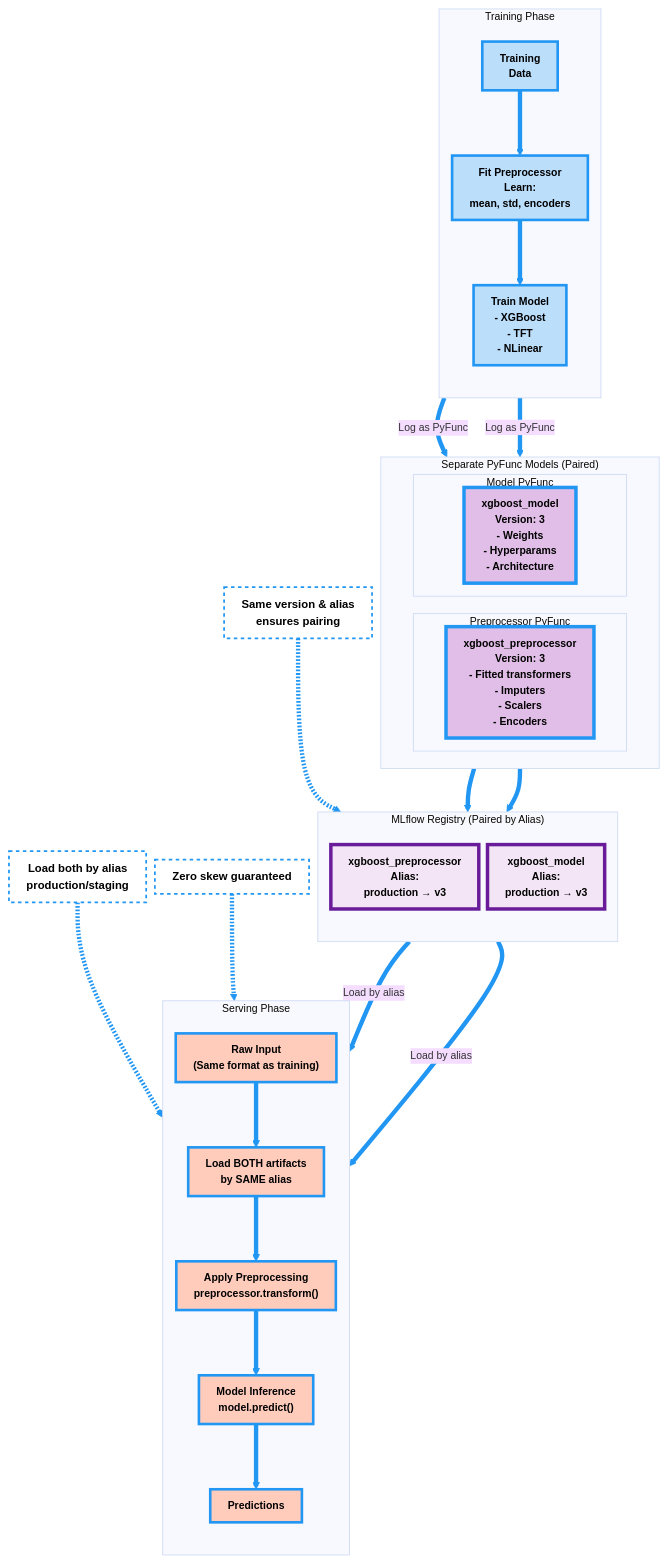
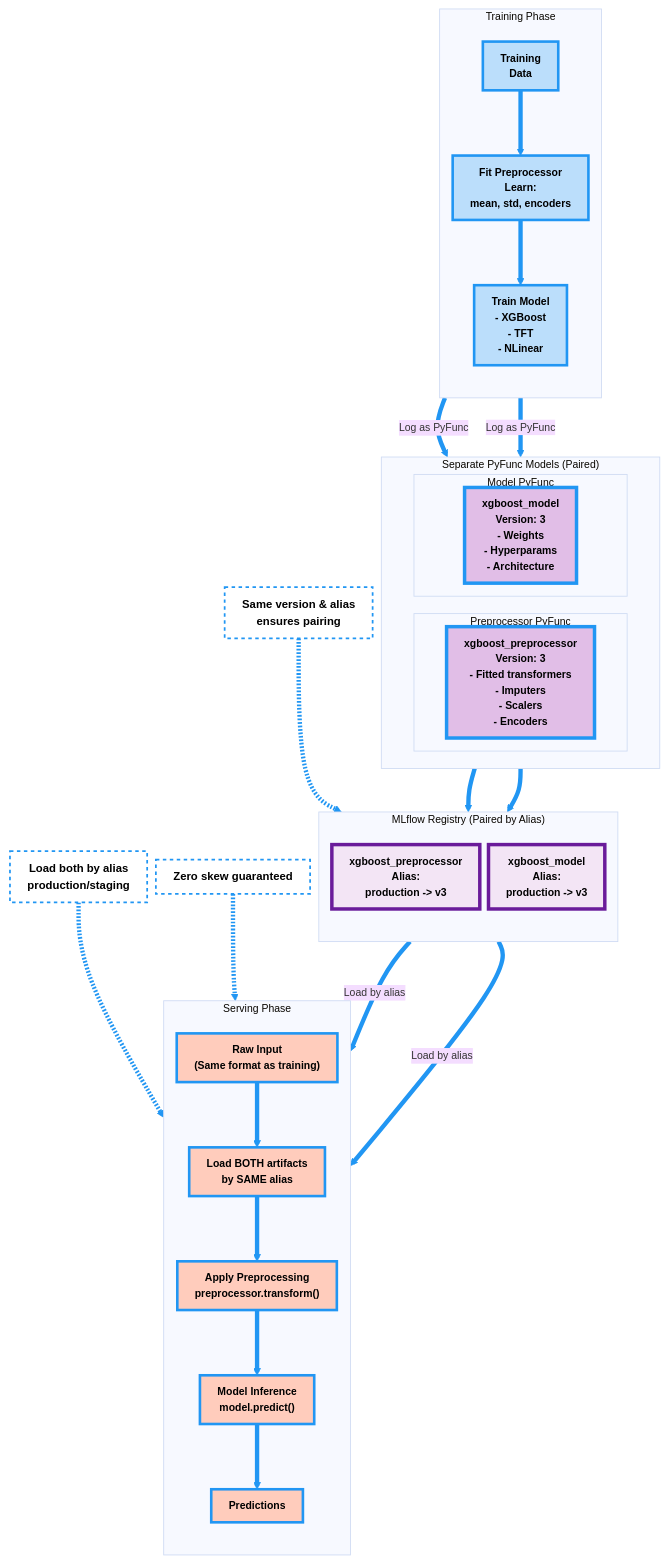
One commit to bambootran89/ml_pipeline_template changed the second of 5 diagrams in docs/architecture.md. Above: the diagram before and after it, drawn with Mermaid. The commit also changed other lines of this file and 23 other files, not shown here.

```diff
--- a/docs/architecture.md
+++ b/docs/architecture.md
@@ -139,8 +139,8 @@
     %% MLflow Registry
     subgraph Registry["MLflow Registry (Paired by Alias)"]
         direction TB
-        PrepReg["xgboost_preprocessor<br/>Alias:<br/> production → v3"]:::registry
-        ModelReg["xgboost_model<br/>Alias: <br/>production → v3"]:::registry
+        PrepReg["xgboost_preprocessor<br/>Alias:<br/> production -> v3"]:::registry
+        ModelReg["xgboost_model<br/>Alias: <br/>production -> v3"]:::registry
 
     end
 
```
